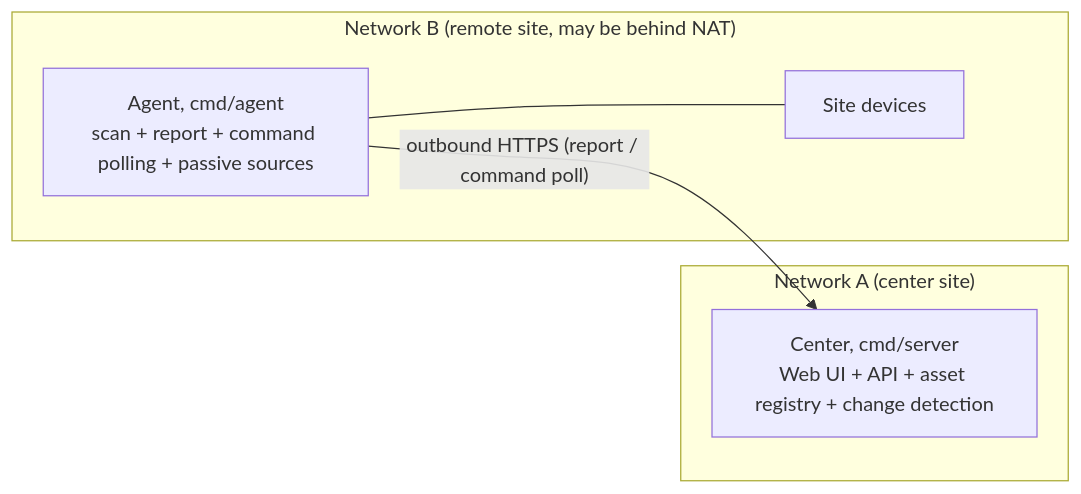
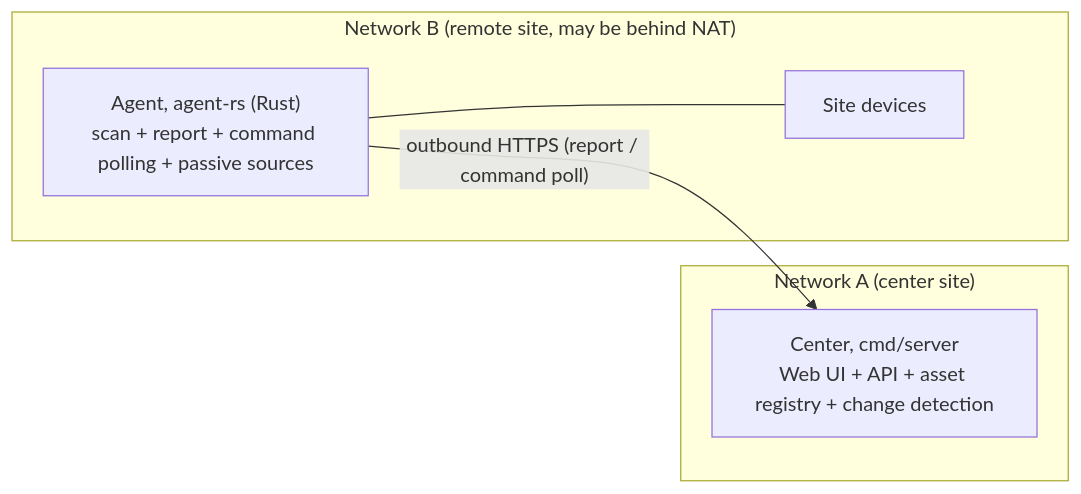
Before and after one commit to Mi-Bee-Studio/MiBeeSteward: the first of 2 diagrams in docs/en/distributed.md, drawn with Mermaid. The commit also changed other lines of this file and 27 other files, not shown here.

First line of the commit message:
docs: agent-rs comparison report, user guide, Go-agent retirement sweep

````diff
--- a/docs/en/distributed.md
+++ b/docs/en/distributed.md
@@ -17,12 +17,12 @@
 ```mermaid
 flowchart LR
     subgraph NA["Network A (center site)"]
         C["Center, cmd/server<br/>Web UI + API + asset registry + change detection"]
     end
     subgraph NB["Network B (remote site, may be behind NAT)"]
-        AG["Agent, cmd/agent<br/>scan + report + command polling + passive sources"]
+        AG["Agent, agent-rs (Rust)<br/>scan + report + command polling + passive sources"]
         D1["Site devices"]
         AG --- D1
     end
     AG -- "outbound HTTPS (report / command poll)" --> C
 ```
````
